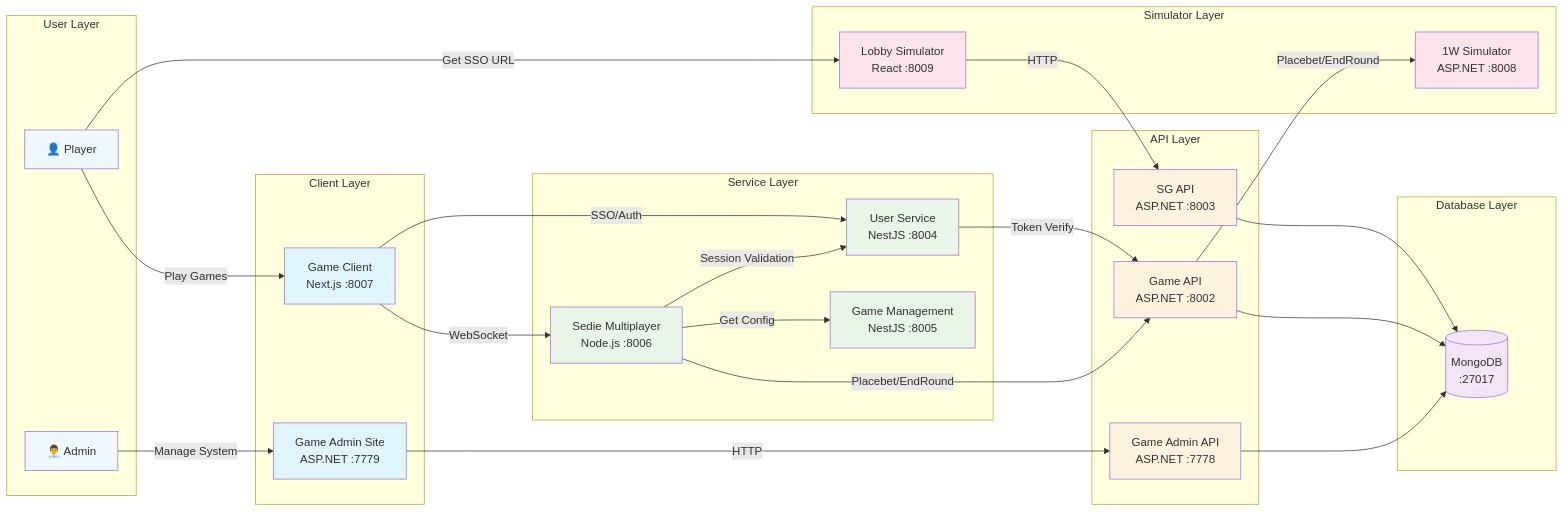
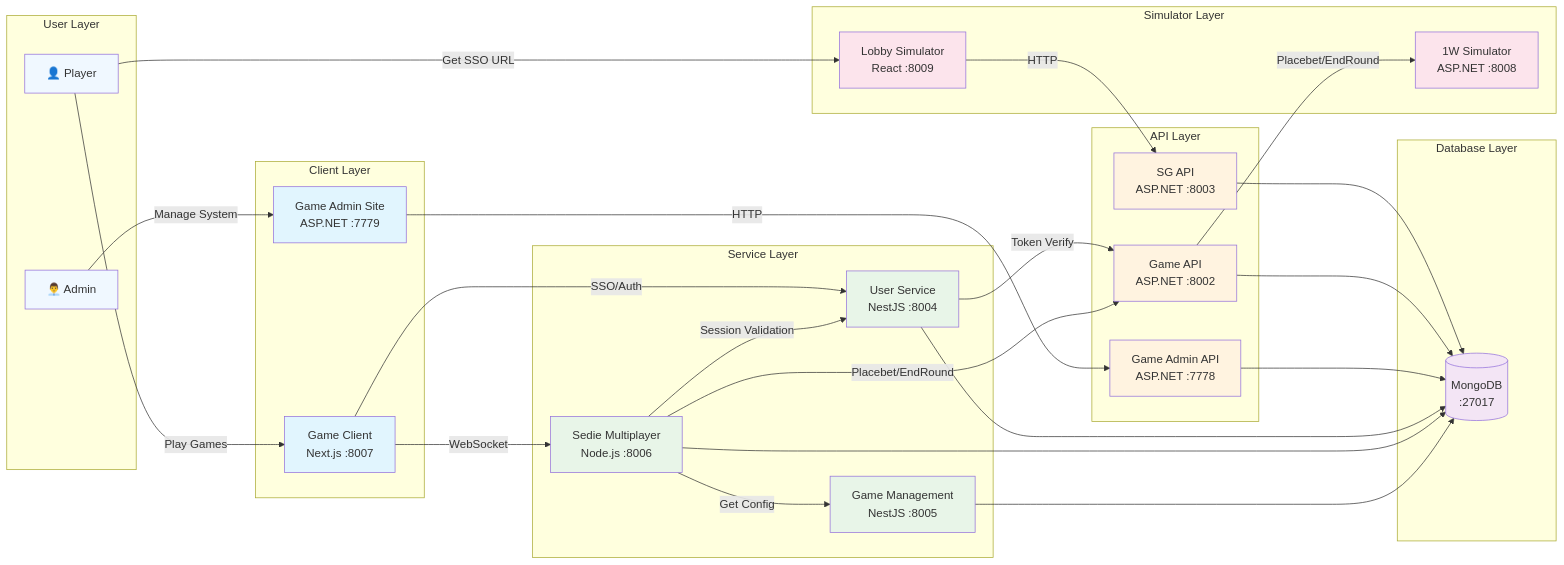
The first of 2 diagrams in README.md (starixvn/l1_training_backend-training), drawn with Mermaid before and after one commit.

Commit message:
docs: enhance README.md by adding US, SMS, and GMS services to the architecture diagram

````diff
--- a/README.md
+++ b/README.md
@@ -69,75 +69,78 @@
 ```mermaid
 graph LR
     subgraph "User Layer"
         USER[👤 Player]
         ADMIN[👨‍💼 Admin]
     end
 
     subgraph "Client Layer"
         GC[Game Client<br/>Next.js :8007]
         GAS[Game Admin Site<br/>ASP.NET :7779]
     end
 
     subgraph "API Layer"
         SGAPI[SG API<br/>ASP.NET :8003]
         LWEB[Game API<br/>ASP.NET :8002]
         GAA[Game Admin API<br/>ASP.NET :7778]
     end
 
     subgraph "Service Layer"
         US[User Service<br/>NestJS :8004]
         SMS[Sedie Multiplayer<br/>Node.js :8006]
         GMS[Game Management<br/>NestJS :8005]
     end
 
     subgraph "Simulator Layer"
         OWS[1W Simulator<br/>ASP.NET :8008]
         LS[Lobby Simulator<br/>React :8009]
     end
 
     subgraph "Database Layer"
         MONGO[(MongoDB<br/>:27017)]
     end
 
     %% User Interactions
     USER -->|Play Games| GC
     USER -->|Get SSO URL| LS
     ADMIN -->|Manage System| GAS
 
     %% Core Client Connections
     GC -->|SSO/Auth| US
     GC -->|WebSocket| SMS
 
     LS -->|HTTP| SGAPI
 
     GAS -->|HTTP| GAA
 
     %% Core Service Dependencies
     US -->|Token Verify| LWEB
     SMS -->|Get Config| GMS
     SMS -->|Placebet/EndRound| LWEB
     SMS -->|Session Validation| US
     LWEB -->|Placebet/EndRound| OWS
 
     %% Database Connections
     SGAPI --> MONGO
     LWEB --> MONGO
     GAA --> MONGO
+    US --> MONGO
+    SMS --> MONGO
+    GMS --> MONGO
 
 
 
     %% Styling
     classDef userLayer fill:#f0f8ff
     classDef clientLayer fill:#e1f5fe
     classDef apiLayer fill:#fff3e0
     classDef serviceLayer fill:#e8f5e8
     classDef simLayer fill:#fce4ec
     classDef dbLayer fill:#f3e5f5
 
     class USER,ADMIN userLayer
     class GC,GAS clientLayer
     class LWEB,SGAPI,GAA apiLayer
     class US,SMS,GMS serviceLayer
     class LS,OWS simLayer
     class MONGO dbLayer
 ```
````
